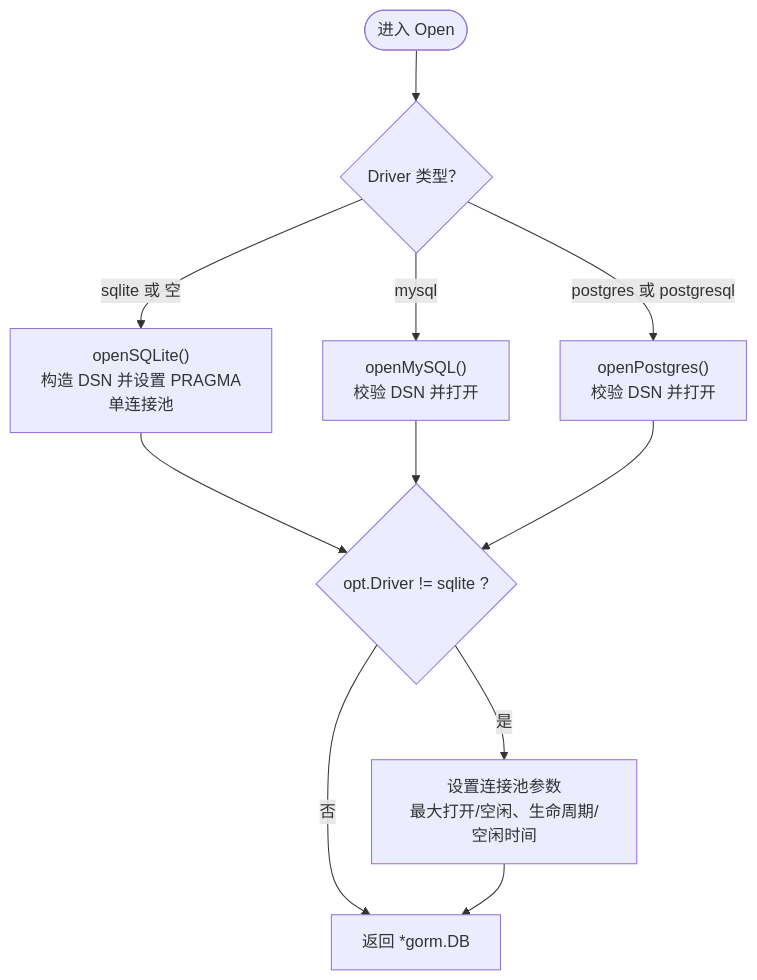
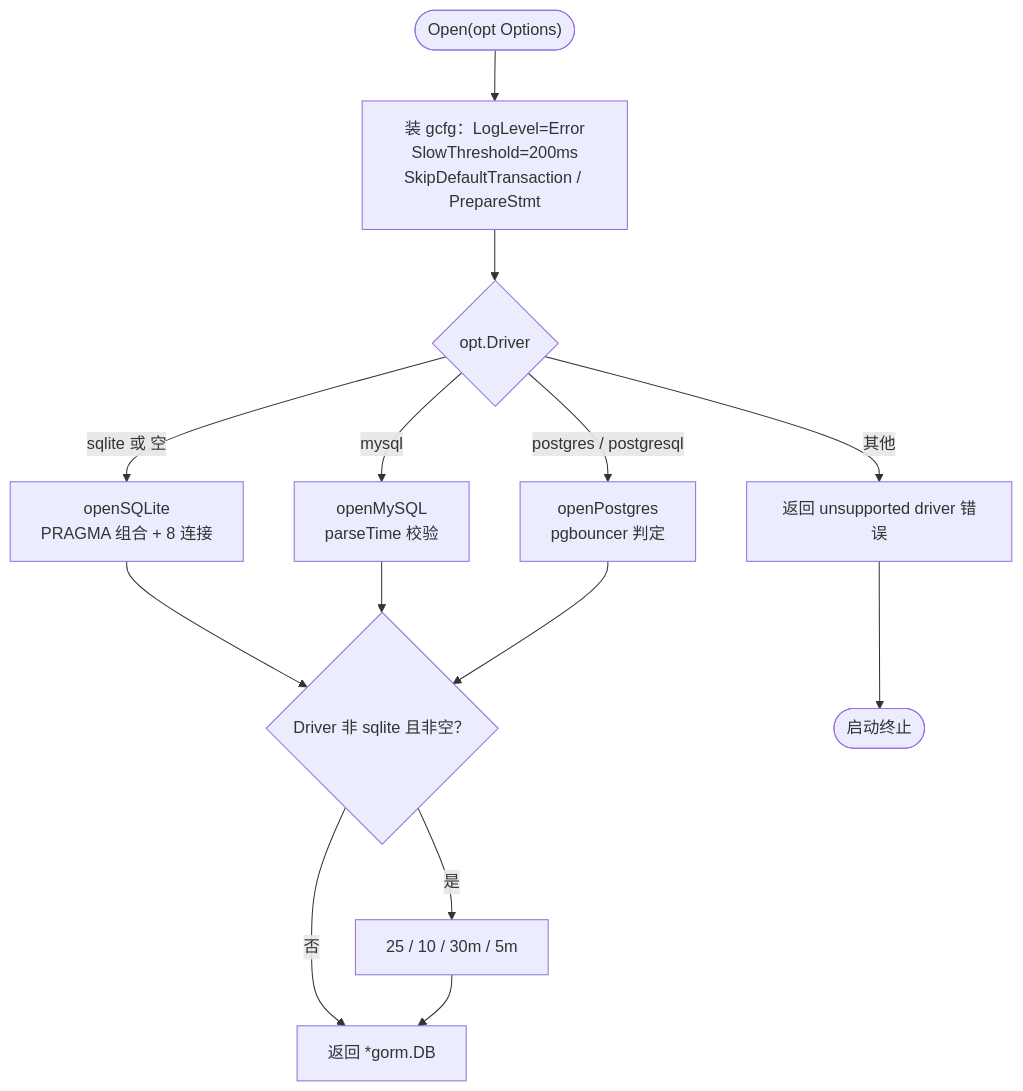
Before and after one commit to x01n/My-OpenWaf: the third of 5 diagrams in docs/扩展与插件系统/存储后端扩展/数据库适配器.md, drawn with Mermaid. The commit also changed other lines of this file and 622 other files, not shown here.

````diff
--- a/docs/扩展与插件系统/存储后端扩展/数据库适配器.md
+++ b/docs/扩展与插件系统/存储后端扩展/数据库适配器.md
@@ -161,13 +197,16 @@
 ```mermaid
 flowchart TD
-Start(["进入 Open"]) --> CheckDriver{"Driver 类型？"}
-CheckDriver --> |sqlite 或 空| SQLite["openSQLite()<br/>构造 DSN 并设置 PRAGMA<br/>单连接池"]
-CheckDriver --> |mysql| MySQL["openMySQL()<br/>校验 DSN 并打开"]
-CheckDriver --> |postgres 或 postgresql| Postgres["openPostgres()<br/>校验 DSN 并打开"]
-SQLite --> PoolTune{"opt.Driver != sqlite ?"}
-MySQL --> PoolTune
-Postgres --> PoolTune
-PoolTune --> |是| SetPool["设置连接池参数<br/>最大打开/空闲、生命周期/空闲时间"]
-PoolTune --> |否| ReturnDB["返回 *gorm.DB"]
-SetPool --> ReturnDB
+    Start(["Open(opt Options)"]) --> GCFG["装 gcfg：LogLevel=Error<br/>SlowThreshold=200ms<br/>SkipDefaultTransaction / PrepareStmt"]
+    GCFG --> SW{"opt.Driver"}
+    SW --> |"sqlite 或 空"| SQ["openSQLite<br/>PRAGMA 组合 + 8 连接"]
+    SW --> |mysql| MY["openMySQL<br/>parseTime 校验"]
+    SW --> |"postgres / postgresql"| PG["openPostgres<br/>pgbouncer 判定"]
+    SW --> |其他| ERR["返回 unsupported driver 错误"]
+    SQ --> TUNE{"Driver 非 sqlite 且非空？"}
+    MY --> TUNE
+    PG --> TUNE
+    TUNE --> |是| POOL["25 / 10 / 30m / 5m"]
+    TUNE --> |否| RET["返回 *gorm.DB"]
+    POOL --> RET
+    ERR --> STOP(["启动终止"])
 ```
````
